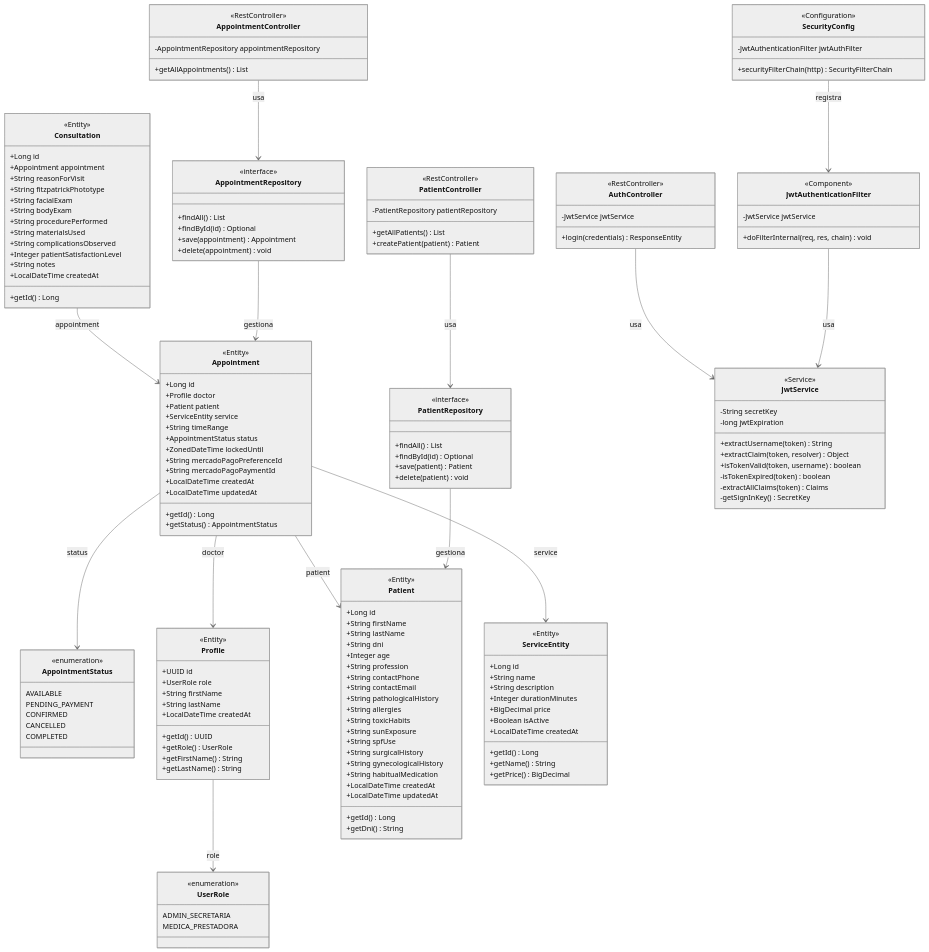
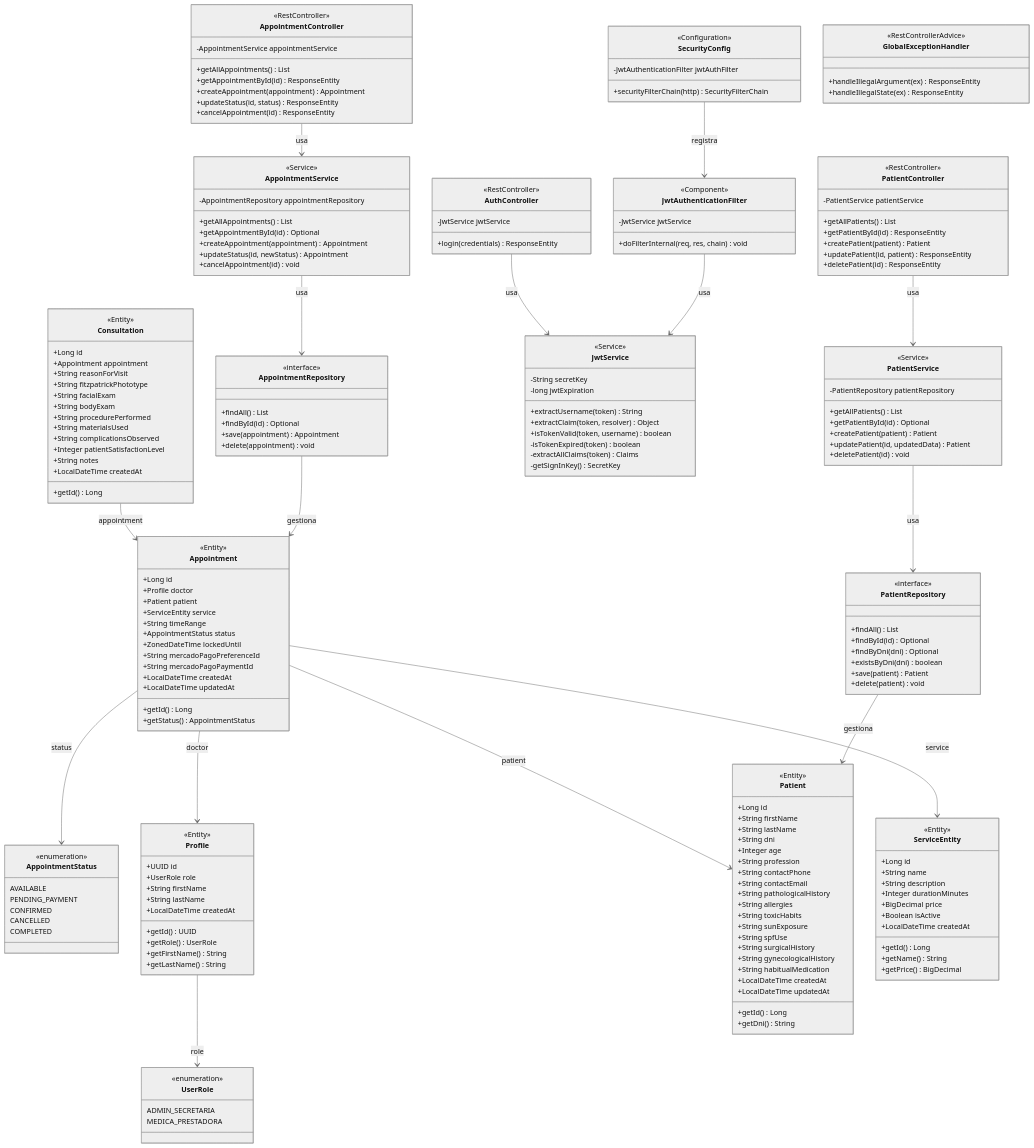
Before and after one commit to eliasdelcastillo04/proyecto-ingenieria-2: the diagram in modelo_clases.md, drawn with Mermaid (neutral theme). The commit also changed other lines of this file and 687 other files, not shown here.

Commit message:
feat(payment): implement Mercado Pago payment preference, QR code, and sequence diagram

```diff
--- a/modelo_clases.md
+++ b/modelo_clases.md
@@ -114,6 +114,8 @@
         <<interface>>
         +findAll() List
         +findById(id) Optional
+        +findByDni(dni) Optional
+        +existsByDni(dni) boolean
         +save(patient) Patient
         +delete(patient) void
     }
@@ -156,17 +158,50 @@
         +login(credentials) ResponseEntity
     }
 
+    class PatientService {
+        <<Service>>
+        -PatientRepository patientRepository
+        +getAllPatients() List
+        +getPatientById(id) Optional
+        +createPatient(patient) Patient
+        +updatePatient(id, updatedData) Patient
+        +deletePatient(id) void
+    }
+
+    class AppointmentService {
+        <<Service>>
+        -AppointmentRepository appointmentRepository
+        +getAllAppointments() List
+        +getAppointmentById(id) Optional
+        +createAppointment(appointment) Appointment
+        +updateStatus(id, newStatus) Appointment
+        +cancelAppointment(id) void
+    }
+
     class PatientController {
         <<RestController>>
-        -PatientRepository patientRepository
+        -PatientService patientService
         +getAllPatients() List
+        +getPatientById(id) ResponseEntity
         +createPatient(patient) Patient
+        +updatePatient(id, patient) ResponseEntity
+        +deletePatient(id) ResponseEntity
     }
 
     class AppointmentController {
         <<RestController>>
-        -AppointmentRepository appointmentRepository
+        -AppointmentService appointmentService
         +getAllAppointments() List
+        +getAppointmentById(id) ResponseEntity
+        +createAppointment(appointment) Appointment
+        +updateStatus(id, status) ResponseEntity
+        +cancelAppointment(id) ResponseEntity
+    }
+
+    class GlobalExceptionHandler {
+        <<RestControllerAdvice>>
+        +handleIllegalArgument(ex) ResponseEntity
+        +handleIllegalState(ex) ResponseEntity
     }
 
     %% Relaciones entre entidades
@@ -181,9 +216,13 @@
     PatientRepository --> Patient : gestiona
     AppointmentRepository --> Appointment : gestiona
 
+    %% Servicios
+    PatientService --> PatientRepository : usa
+    AppointmentService --> AppointmentRepository : usa
+
     %% Controladores
-    PatientController --> PatientRepository : usa
-    AppointmentController --> AppointmentRepository : usa
+    PatientController --> PatientService : usa
+    AppointmentController --> AppointmentService : usa
     AuthController --> JwtService : usa
 
     %% Seguridad
```
